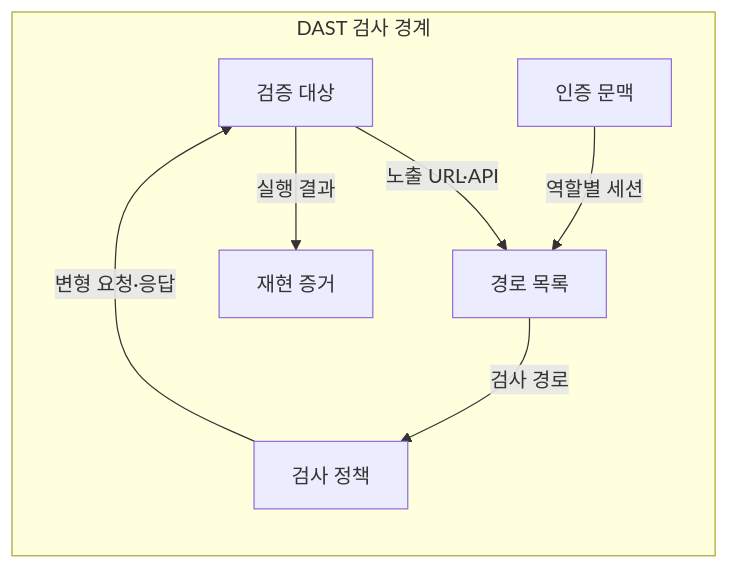
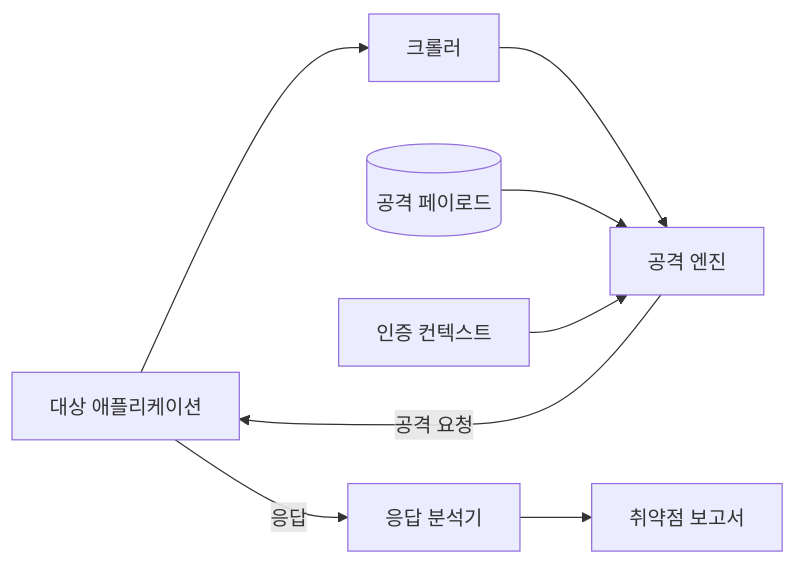
The first of 2 diagrams in src/content/docs/notes/03-software/068_dynamic_application_security_testing.md (agnusdei1207/knowledge-base), drawn with Mermaid before and after one commit. The commit also changed other lines of this file and 7 other files, not shown here.

````diff
--- a/src/content/docs/notes/03-software/068_dynamic_application_security_testing.md
+++ b/src/content/docs/notes/03-software/068_dynamic_application_security_testing.md
@@ -56,15 +53,10 @@
 ```mermaid
 flowchart LR
-    subgraph D[DAST 검사 경계]
-        A[검증 대상]
-        P[경로 목록]
-        C[인증 문맥]
-        S[검사 정책]
-        E[재현 증거]
-        A -->|노출 URL·API| P
-        C -->|역할별 세션| P
-        P -->|검사 경로| S
-        S -->|변형 요청·응답| A
-        A -->|실행 결과| E
-    end
+    T[대상 애플리케이션] --> C[크롤러]
+    C --> A[공격 엔진]
+    P[(공격 페이로드)] --> A
+    X[인증 컨텍스트] --> A
+    A -->|공격 요청| T
+    T -->|응답| O[응답 분석기]
+    O --> R[취약점 보고서]
 ```
````
